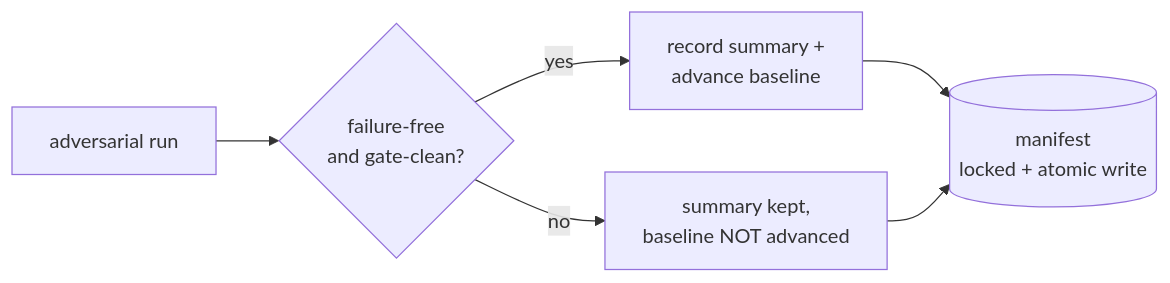
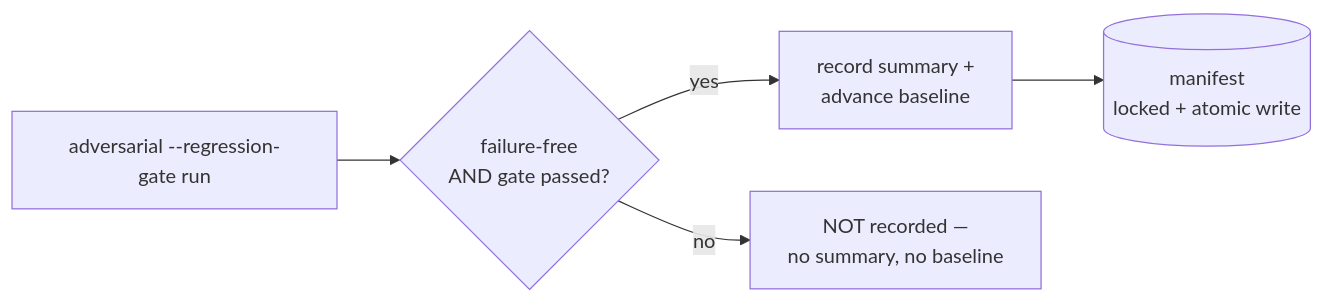
One commit to padosoft/eval-harness changed the diagram in docs-site/guides/adversarial-testing.mdx. Above: the diagram before and after it, drawn with Mermaid. The commit also changed other lines of this file and 1 other file, not shown here.

````diff
--- a/docs-site/guides/adversarial-testing.mdx
+++ b/docs-site/guides/adversarial-testing.mdx
@@ -97,8 +97,7 @@
 ```mermaid
 flowchart LR
-    RUN[adversarial run] --> CHK{failure-free<br/>and gate-clean?}
+    RUN[adversarial --regression-gate run] --> CHK{failure-free<br/>AND gate passed?}
     CHK -->|yes| REC[record summary +<br/>advance baseline]
-    CHK -->|no| SKIP[summary kept,<br/>baseline NOT advanced]
+    CHK -->|no| SKIP[NOT recorded —<br/>no summary, no baseline]
     REC --> MAN[(manifest<br/>locked + atomic write)]
-    SKIP --> MAN
 ```
````
